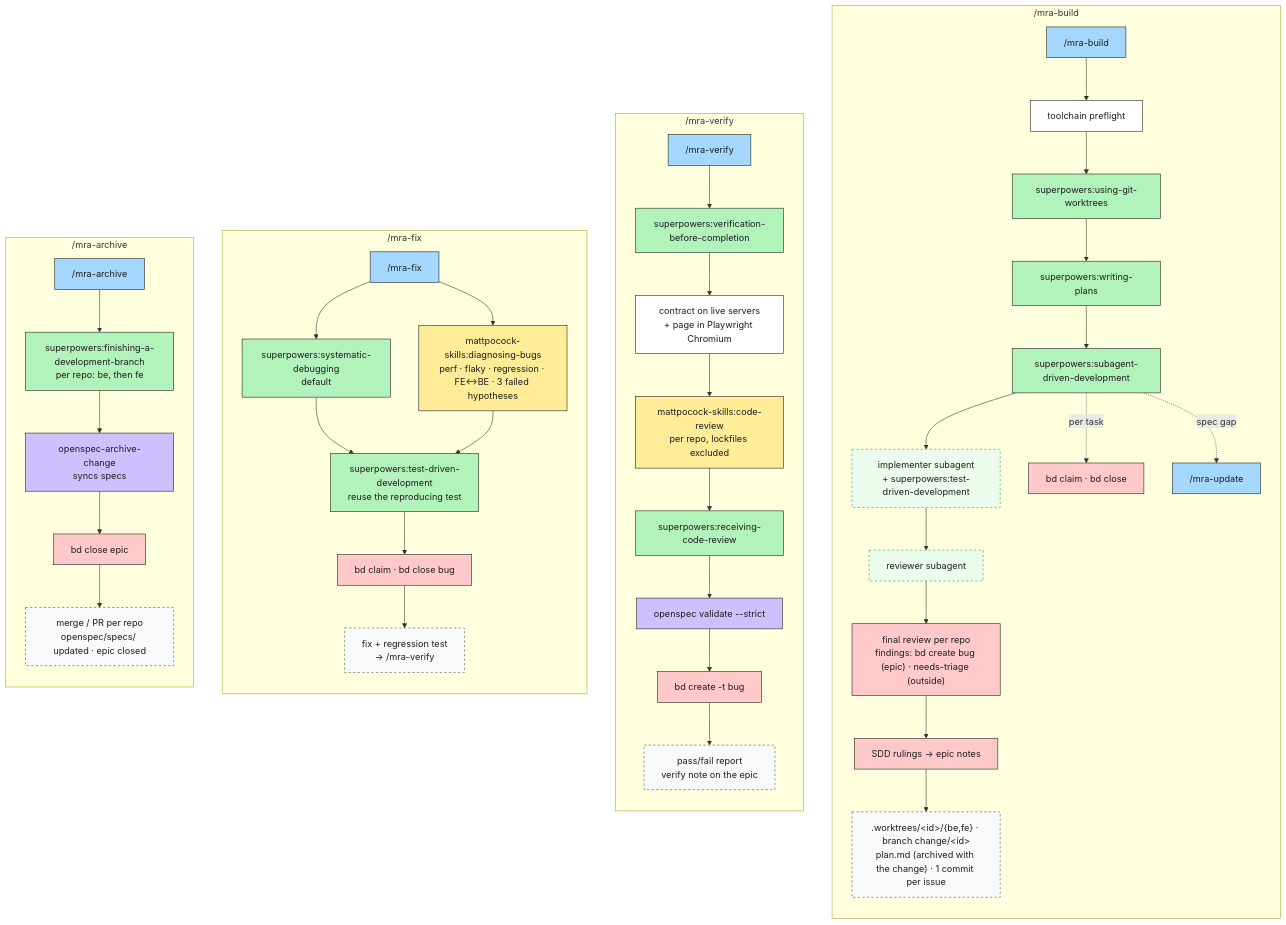
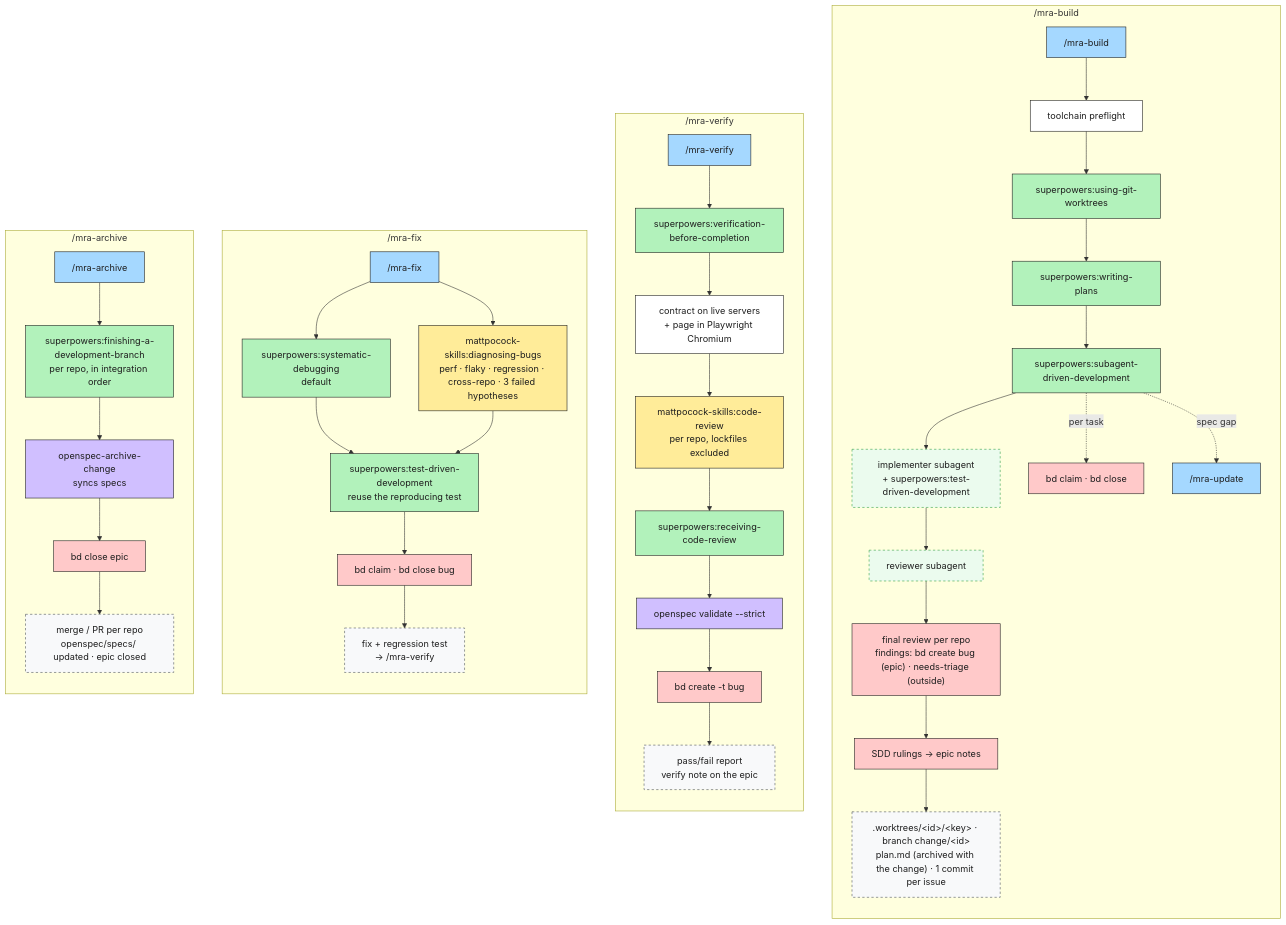
Before and after one commit to Ancora-Ancora/mra-flow: the third of 5 diagrams in payload/orchestrator/.mra-flow/docs/mra-flow.md, drawn with Mermaid. The commit also changed other lines of this file and 16 other files, not shown here.

First line of the commit message:
Make skills, schema and docs generic for N code repos

````diff
--- a/payload/orchestrator/.mra-flow/docs/mra-flow.md
+++ b/payload/orchestrator/.mra-flow/docs/mra-flow.md
@@ -84,51 +84,51 @@
 ```mermaid
 flowchart TB
     classDef phase fill:#a5d8ff,stroke:#1e1e1e,color:#1e1e1e
     classDef sp fill:#b2f2bb,stroke:#1e1e1e,color:#1e1e1e
     classDef mp fill:#ffec99,stroke:#1e1e1e,color:#1e1e1e
     classDef os fill:#d0bfff,stroke:#1e1e1e,color:#1e1e1e
     classDef bd fill:#ffc9c9,stroke:#1e1e1e,color:#1e1e1e
     classDef art fill:#f8f9fa,stroke:#495057,stroke-dasharray:4 4,color:#1e1e1e
     classDef sub fill:#ebfbee,stroke:#2f9e44,stroke-dasharray:4 4,color:#1e1e1e
     classDef step fill:#ffffff,stroke:#1e1e1e,color:#1e1e1e
 
     subgraph BU["/mra-build"]
         direction TB
         bu["/mra-build"]:::phase --> bu0["toolchain preflight"]:::step
         bu0 --> bu1["superpowers:using-git-worktrees"]:::sp
         bu1 --> bu2["superpowers:writing-plans"]:::sp
         bu2 --> bu3["superpowers:subagent-driven-development"]:::sp
         bu3 --> bu4["implementer subagent<br/>+ superpowers:test-driven-development"]:::sub
         bu4 --> bu5["reviewer subagent"]:::sub
         bu3 -. per task .-> bu6["bd claim · bd close"]:::bd
         bu3 -. spec gap .-> bu7["/mra-update"]:::phase
         bu5 --> bu8["final review per repo<br/>findings: bd create bug (epic) · needs-triage (outside)"]:::bd
         bu8 --> bu9["SDD rulings → epic notes"]:::bd
-        bu9 --> buA[".worktrees/#lt;id#gt;/{be,fe} · branch change/#lt;id#gt;<br/>plan.md (archived with the change) · 1 commit per issue"]:::art
+        bu9 --> buA[".worktrees/#lt;id#gt;/#lt;key#gt; · branch change/#lt;id#gt;<br/>plan.md (archived with the change) · 1 commit per issue"]:::art
     end
     subgraph VE["/mra-verify"]
         direction TB
         ve["/mra-verify"]:::phase --> ve1["superpowers:verification-before-completion"]:::sp
         ve1 --> ve6["contract on live servers<br/>+ page in Playwright Chromium"]:::step
         ve6 --> ve2["mattpocock-skills:code-review<br/>per repo, lockfiles excluded"]:::mp
         ve2 --> ve3["superpowers:receiving-code-review"]:::sp
         ve3 --> ve4["openspec validate --strict"]:::os
         ve4 --> ve5["bd create -t bug"]:::bd
         ve5 --> veA["pass/fail report<br/>verify note on the epic"]:::art
     end
     subgraph FX["/mra-fix"]
         direction TB
         fx["/mra-fix"]:::phase --> fx1["superpowers:systematic-debugging<br/>default"]:::sp
-        fx --> fx2["mattpocock-skills:diagnosing-bugs<br/>perf · flaky · regression · FE↔BE · 3 failed hypotheses"]:::mp
+        fx --> fx2["mattpocock-skills:diagnosing-bugs<br/>perf · flaky · regression · cross-repo · 3 failed hypotheses"]:::mp
         fx1 & fx2 --> fx3["superpowers:test-driven-development<br/>reuse the reproducing test"]:::sp
         fx3 --> fx4["bd claim · bd close bug"]:::bd
         fx4 --> fxA["fix + regression test<br/>→ /mra-verify"]:::art
     end
     subgraph AR["/mra-archive"]
         direction TB
-        ar["/mra-archive"]:::phase --> ar1["superpowers:finishing-a-development-branch<br/>per repo: be, then fe"]:::sp
+        ar["/mra-archive"]:::phase --> ar1["superpowers:finishing-a-development-branch<br/>per repo, in integration order"]:::sp
         ar1 --> ar2["openspec-archive-change<br/>syncs specs"]:::os
         ar2 --> ar3["bd close epic"]:::bd
         ar3 --> arA["merge / PR per repo<br/>openspec/specs/ updated · epic closed"]:::art
     end
 ```
````
